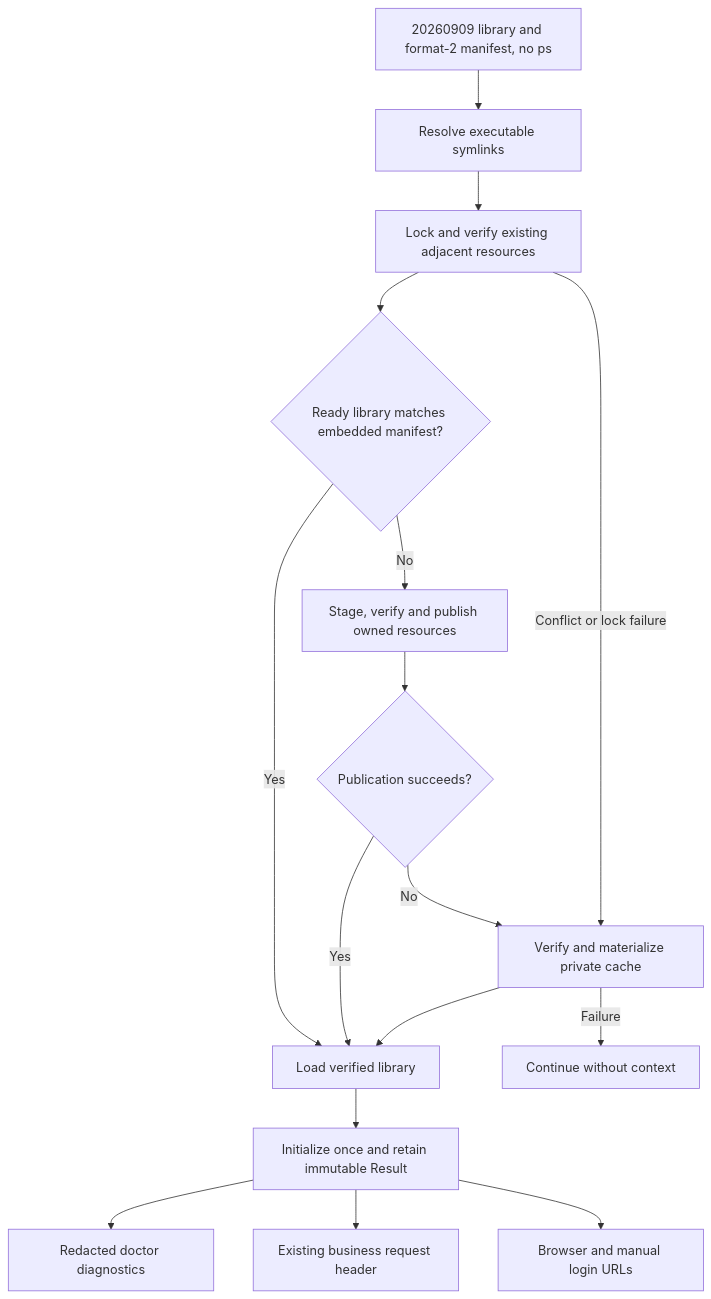
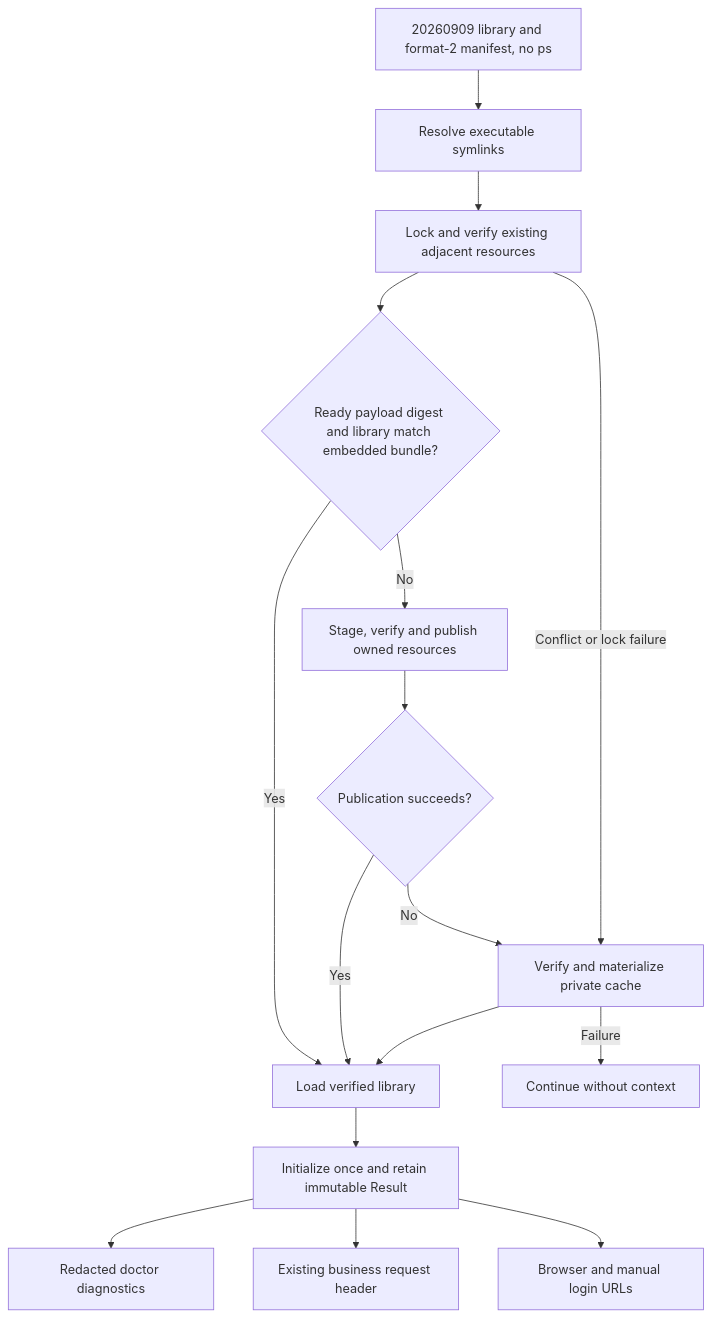
Before and after one commit to DingTalk-Real-AI/dingtalk-workspace-cli: the diagram in docs/runtime-context.md, drawn with Mermaid. The commit also changed other lines of this file and 9 other files, not shown here.

````diff
--- a/docs/runtime-context.md
+++ b/docs/runtime-context.md
@@ -54,18 +61,18 @@
 ```mermaid
 flowchart TD
     A[20260909 library and format-2 manifest, no ps] --> B[Resolve executable symlinks]
     B --> C[Lock and verify existing adjacent resources]
-    C --> L{Ready library matches embedded manifest?}
+    C --> L{Ready payload digest and library match embedded bundle?}
     L -- Yes --> F[Load verified library]
     L -- No --> M[Stage, verify and publish owned resources]
     M --> D{Publication succeeds?}
     C -- Conflict or lock failure --> E[Verify and materialize private cache]
     D -- Yes --> F
     D -- No --> E[Verify and materialize private cache]
     E --> F
     E -- Failure --> G[Continue without context]
     F --> H[Initialize once and retain immutable Result]
     H --> I[Redacted doctor diagnostics]
     H --> J[Existing business request header]
     H --> K[Browser and manual login URLs]
 ```
````
